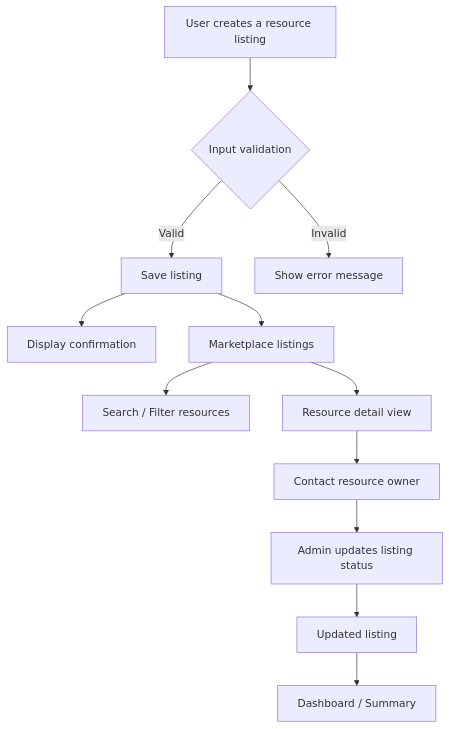
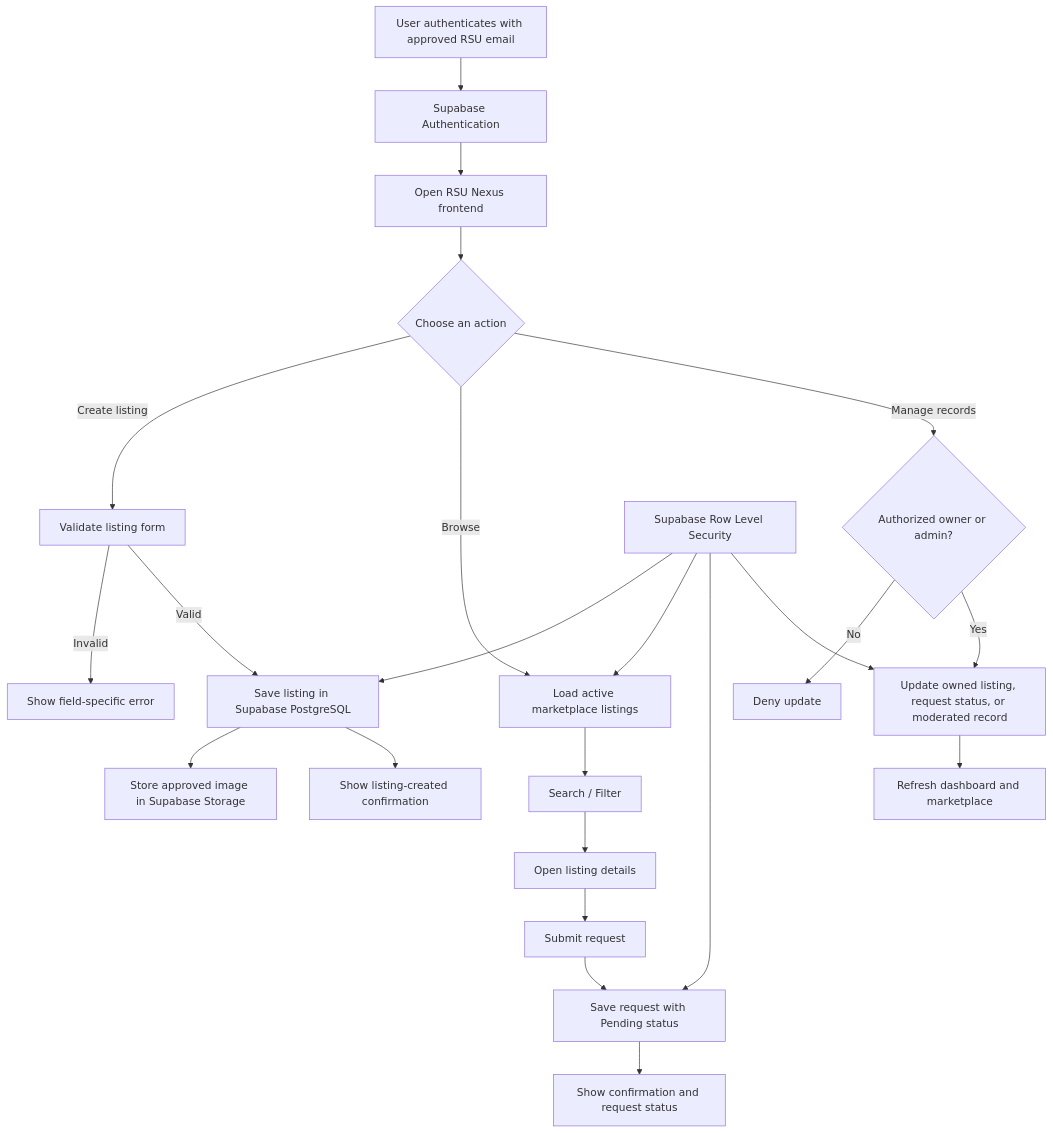
Before and after one commit to arkarmoeandrew/ICT105-Quartet-MVP: the diagram in diagrams/data-flow.mmd, drawn with Mermaid. The commit also changed 26 other files, not shown here.

```diff
--- a/diagrams/data-flow.mmd
+++ b/diagrams/data-flow.mmd
@@ -1,12 +1,27 @@
 flowchart TD
-    A[User creates a resource listing] --> B{Input validation}
-    B -->|Valid| C[Save listing]
-    B -->|Invalid| D[Show error message]
-    C --> E[Display confirmation]
-    C --> F[Marketplace listings]
-    F --> G[Search / Filter resources]
-    F --> H[Resource detail view]
-    H --> I[Contact resource owner]
-    I --> J[Admin updates listing status]
-    J --> K[Updated listing]
-    K --> L[Dashboard / Summary]
+    A[User authenticates with approved RSU email] --> B[Supabase Authentication]
+    B --> C[Open RSU Nexus frontend]
+    C --> D{Choose an action}
+
+    D -->|Create listing| E[Validate listing form]
+    E -->|Invalid| F[Show field-specific error]
+    E -->|Valid| G[Save listing in Supabase PostgreSQL]
+    G --> H[Store approved image in Supabase Storage]
+    G --> I[Show listing-created confirmation]
+
+    D -->|Browse| J[Load active marketplace listings]
+    J --> K[Search / Filter]
+    K --> L[Open listing details]
+    L --> M[Submit request]
+    M --> N[Save request with Pending status]
+    N --> O[Show confirmation and request status]
+
+    D -->|Manage records| P{Authorized owner or admin?}
+    P -->|No| Q[Deny update]
+    P -->|Yes| R[Update owned listing, request status, or moderated record]
+    R --> S[Refresh dashboard and marketplace]
+
+    T[Supabase Row Level Security] --> G
+    T --> J
+    T --> N
+    T --> R
```
